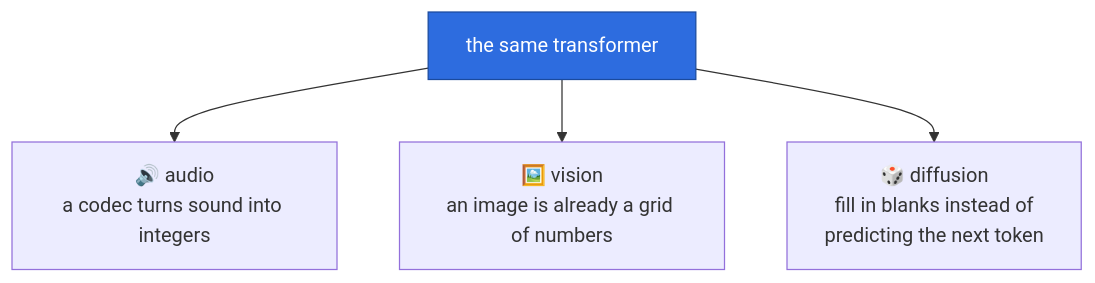
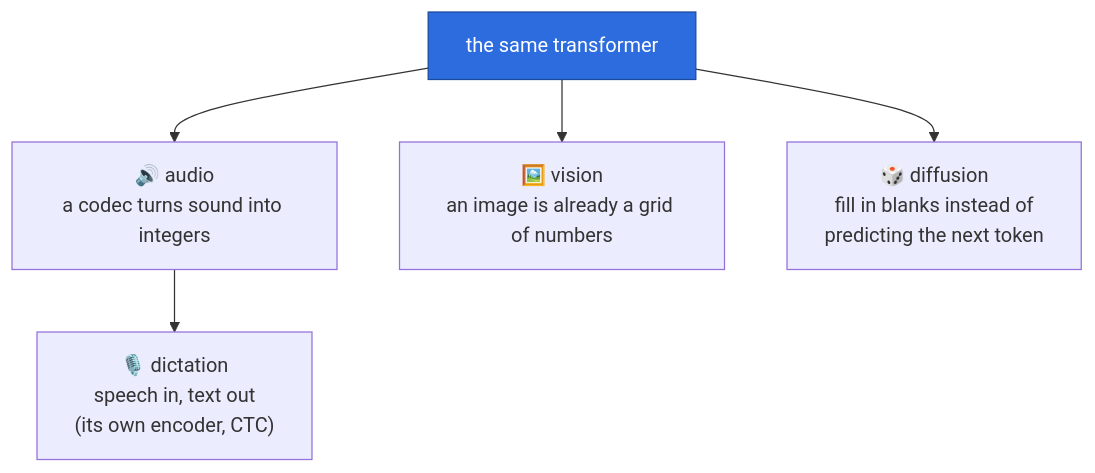
Before and after one commit to kunwarmahen/aksharallm: the sixth of 7 diagrams in docs/01-journeys.md, drawn with Mermaid. The commit also changed other lines of this file and 29 other files, not shown here.

````diff
--- a/docs/01-journeys.md
+++ b/docs/01-journeys.md
@@ -487,8 +487,9 @@
 ```mermaid
 flowchart TD
     T["the same transformer"] --> A["🔊 audio<br/>a codec turns sound into integers"]
     T --> V["🖼️ vision<br/>an image is already a grid of numbers"]
+    A --> R["🎙️ dictation<br/>speech in, text out<br/>(its own encoder, CTC)"]
     T --> D["🎲 diffusion<br/>fill in blanks instead of<br/>predicting the next token"]
     classDef s fill:#2d6cdf,stroke:#1a4a9e,color:#fff
     class T s
 ```
````
